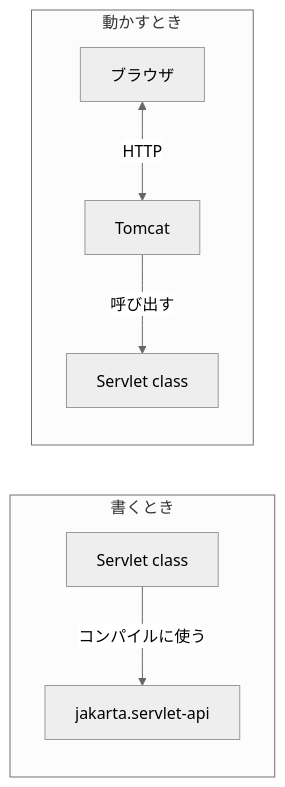
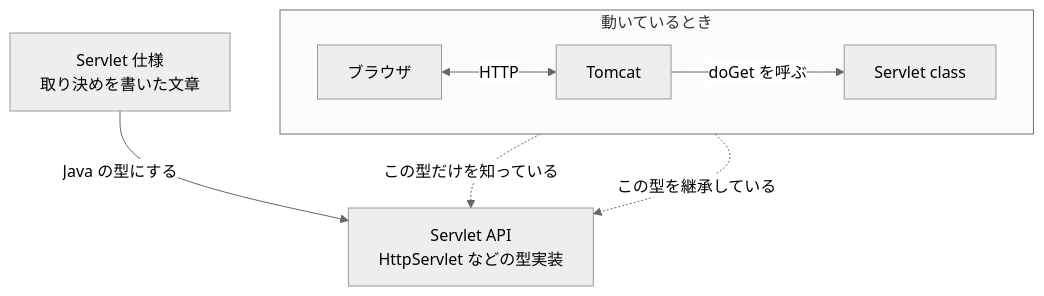
The diagram in servlet/02-servlet-and-tomcat/04-relationships.md (Appricot144/teaching-material), drawn with Mermaid (neutral theme) before and after one commit. The commit also changed other lines of this file and 3 other files, not shown here.

````diff
--- a/servlet/02-servlet-and-tomcat/04-relationships.md
+++ b/servlet/02-servlet-and-tomcat/04-relationships.md
@@ -51,10 +39,11 @@
 ```mermaid
-flowchart LR
-    subgraph D["書くとき"]
-        C1["Servlet class"] -- コンパイルに使う --> A1["jakarta.servlet-api"]
+flowchart TB
+    subgraph RUN["動いているとき"]
+        direction LR
+        B["ブラウザ"] <-- HTTP --> T["Tomcat"]
+        T -- "doGet を呼ぶ" --> C["Servlet class"]
     end
-    subgraph R["動かすとき"]
-        B["ブラウザ"] <-- HTTP --> T["Tomcat"]
-        T -- 呼び出す --> C2["Servlet class"]
-    end
+    T -. "この型だけを知っている" .-> A["Servlet API<br/>HttpServlet などの型実装"]
+    C -. "この型を継承している" .-> A
+    S["Servlet 仕様<br/>取り決めを書いた文章"] -- "Java の型にする" --> A
 ```
````
